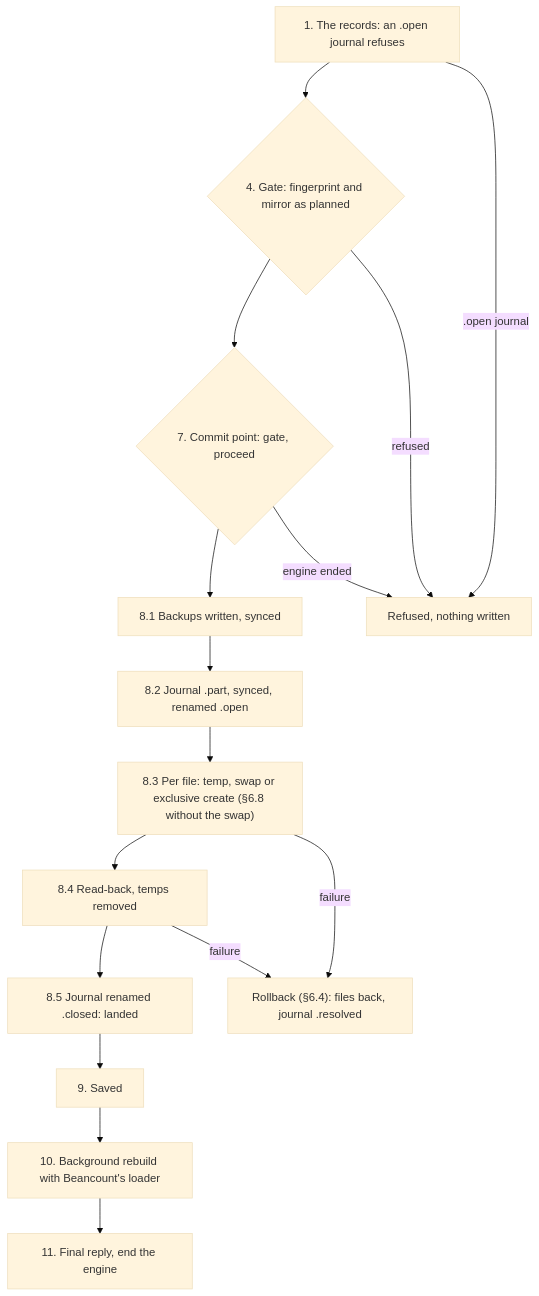
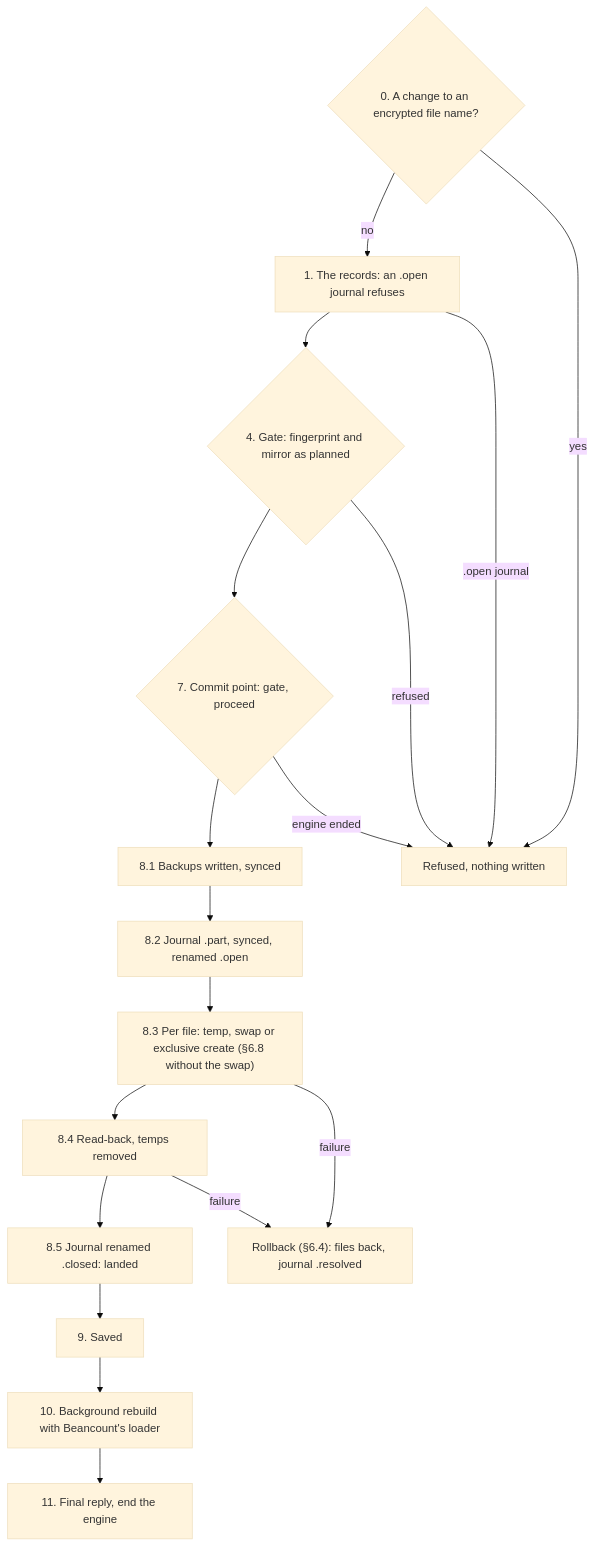
One commit to sagarbehere/finzytrack changed the first of 2 diagrams in design/specs/engine-jobs.md. Above: the diagram before and after it, drawn with Mermaid (base theme). The commit also changed other lines of this file and 21 other files, not shown here.

````diff
--- a/design/specs/engine-jobs.md
+++ b/design/specs/engine-jobs.md
@@ -165,18 +168,20 @@
 ```mermaid
 flowchart TB
-  records["1. The records: an .open journal refuses"] --> gate{"4. Gate: fingerprint and mirror as planned"}
+  enc{"0. A change to an encrypted file name?"} -- "no" --> records["1. The records: an .open journal refuses"]
+  enc -- "yes" --> refused
+  records --> gate{"4. Gate: fingerprint and mirror as planned"}
   gate --> commit{"7. Commit point: gate, proceed"}
   commit --> backups["8.1 Backups written, synced"]
   backups --> journal["8.2 Journal .part, synced, renamed .open"]
   journal --> swaps["8.3 Per file: temp, swap or exclusive create (§6.8 without the swap)"]
   swaps --> readback["8.4 Read-back, temps removed"]
   readback --> closed["8.5 Journal renamed .closed: landed"]
   closed --> saved["9. Saved"]
   saved --> rebuild["10. Background rebuild with Beancount's loader"]
   rebuild --> done["11. Final reply, end the engine"]
   records -- ".open journal" --> refused["Refused, nothing written"]
   gate -- "refused" --> refused
   commit -- "engine ended" --> refused
   swaps -- "failure" --> rollback["Rollback (§6.4): files back, journal .resolved"]
   readback -- "failure" --> rollback
 ```
````
